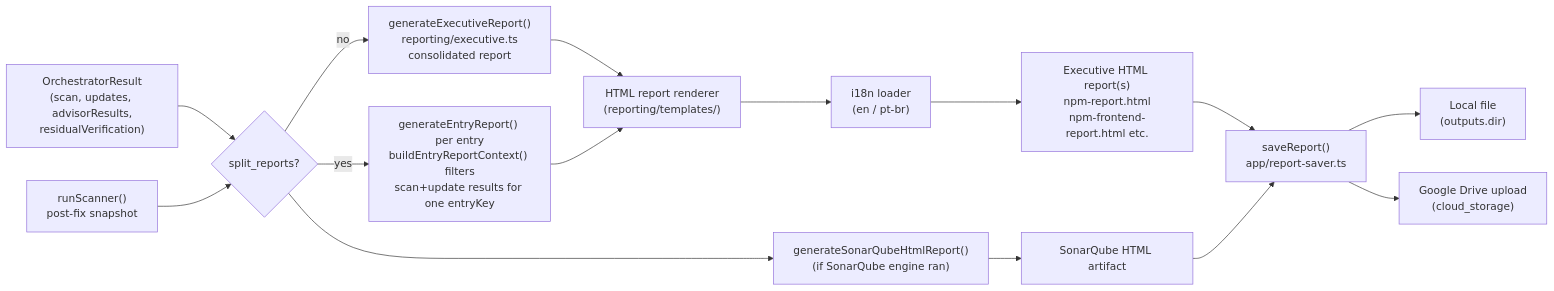
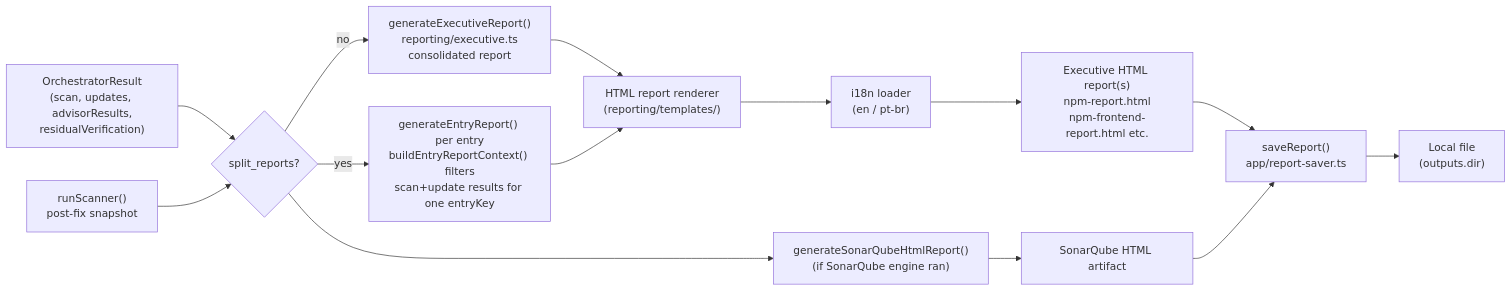
One commit to juanvictorleite/deep-health changed diagram 11 of 14 in docs/architecture.md. Above: the diagram before and after it, drawn with Mermaid. The commit also changed other lines of this file and 37 other files, not shown here.

First line of the commit message:
feat!: remove google drive support

````diff
--- a/docs/architecture.md
+++ b/docs/architecture.md
@@ -847,25 +846,24 @@
 ```mermaid
 flowchart LR
     ORCH_RES["OrchestratorResult\n(scan, updates, advisorResults,\nresidualVerification)"]
     SCAN_AFTER["runScanner()\npost-fix snapshot"]
 
     ORCH_RES --> GEN_RPT
     SCAN_AFTER --> GEN_RPT
 
     GEN_RPT{"split_reports?"}
     GEN_RPT -- no --> CONSOLIDATED["generateExecutiveReport()\nreporting/executive.ts\nconsolidated report"]
     GEN_RPT -- yes --> PER_ENTRY["generateEntryReport() per entry\nbuildEntryReportContext() filters\nscan+update results for one entryKey"]
 
     CONSOLIDATED --> RPT_RENDER["HTML report renderer\n(reporting/templates/)"]
     PER_ENTRY --> RPT_RENDER
     RPT_RENDER --> I18N["i18n loader\n(en / pt-br)"]
     I18N --> HTML["Executive HTML report(s)\nnpm-report.html\nnpm-frontend-report.html etc."]
 
     HTML --> SAVE["saveReport()\napp/report-saver.ts"]
     SAVE --> LOCAL["Local file\n(outputs.dir)"]
-    SAVE --> GDRIVE["Google Drive upload\n(cloud_storage)"]
 
     GEN_RPT --> SONAR_RPT["generateSonarQubeHtmlReport()\n(if SonarQube engine ran)"]
     SONAR_RPT --> SONAR_HTML["SonarQube HTML artifact"]
     SONAR_HTML --> SAVE
 ```
````
